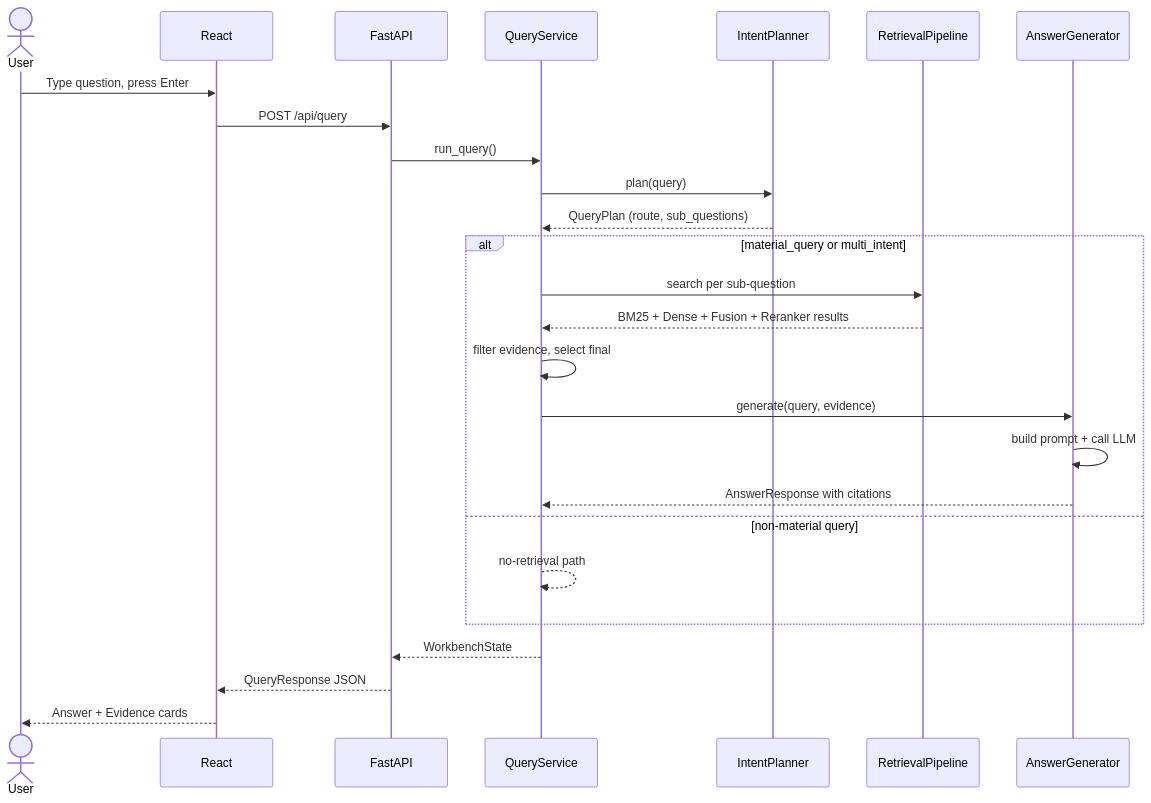
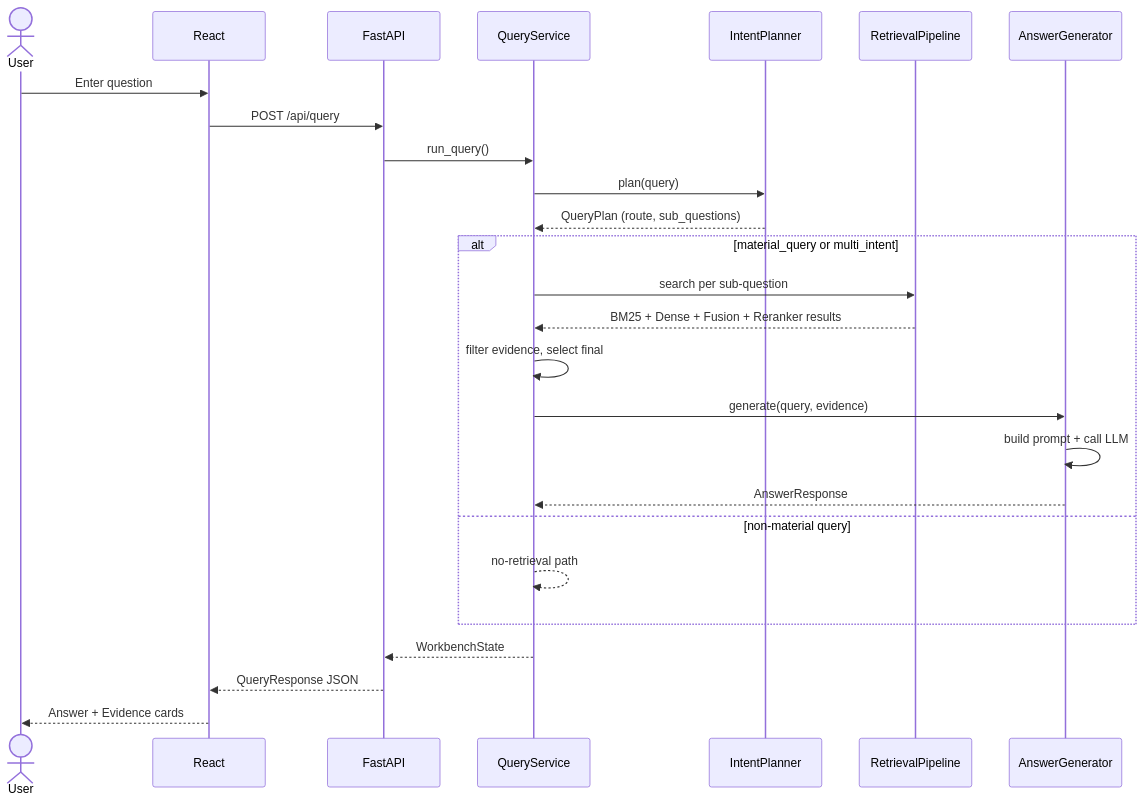
One commit to AEAQA/Multi-Evidence-RAG-Course-Assistant changed the second of 3 diagrams in docs/SYSTEM_ARCHITECTURE.md. Above: the diagram before and after it, drawn with Mermaid. The commit also changed other lines of this file and 8 other files, not shown here.

````diff
--- a/docs/SYSTEM_ARCHITECTURE.md
+++ b/docs/SYSTEM_ARCHITECTURE.md
@@ -35,32 +64,32 @@
 ```mermaid
 sequenceDiagram
     actor User
     participant React
     participant FastAPI
     participant QS as QueryService
     participant IP as IntentPlanner
     participant RP as RetrievalPipeline
     participant AG as AnswerGenerator
 
-    User->>React: Type question, press Enter
+    User->>React: Enter question
     React->>FastAPI: POST /api/query
     FastAPI->>QS: run_query()
 
     QS->>IP: plan(query)
     IP-->>QS: QueryPlan (route, sub_questions)
 
     alt material_query or multi_intent
         QS->>RP: search per sub-question
         RP-->>QS: BM25 + Dense + Fusion + Reranker results
         QS->>QS: filter evidence, select final
         QS->>AG: generate(query, evidence)
         AG->>AG: build prompt + call LLM
-        AG-->>QS: AnswerResponse with citations
+        AG-->>QS: AnswerResponse
     else non-material query
         QS-->>QS: no-retrieval path
     end
 
     QS-->>FastAPI: WorkbenchState
     FastAPI-->>React: QueryResponse JSON
     React-->>User: Answer + Evidence cards
 ```
````
